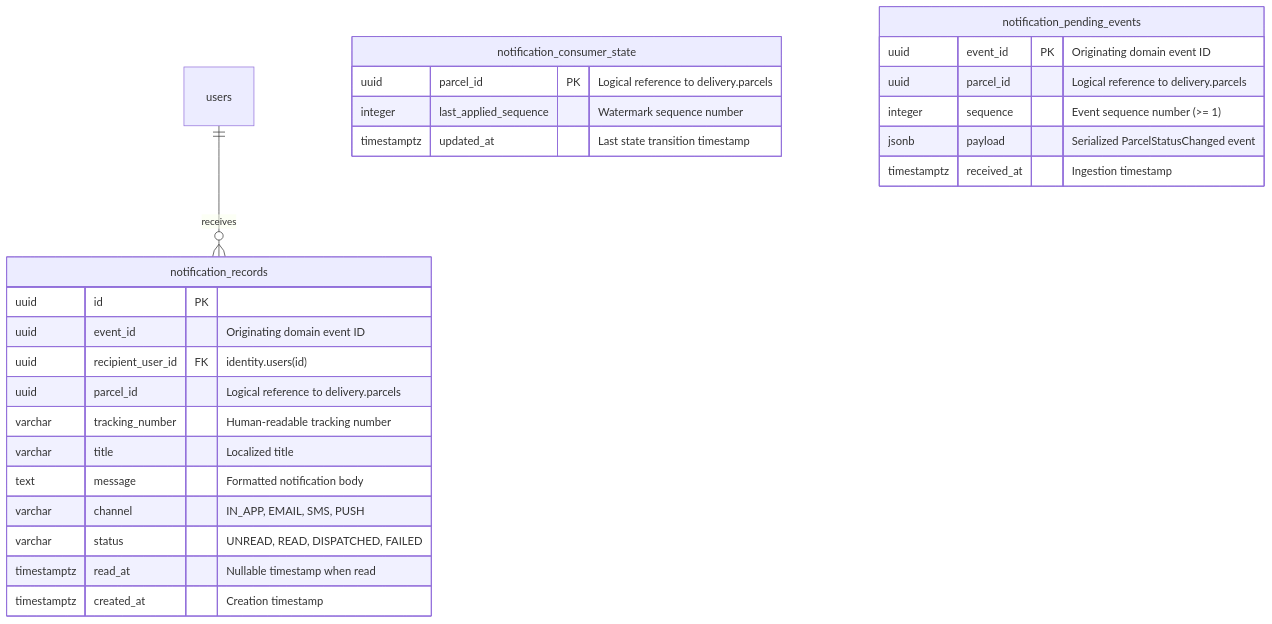
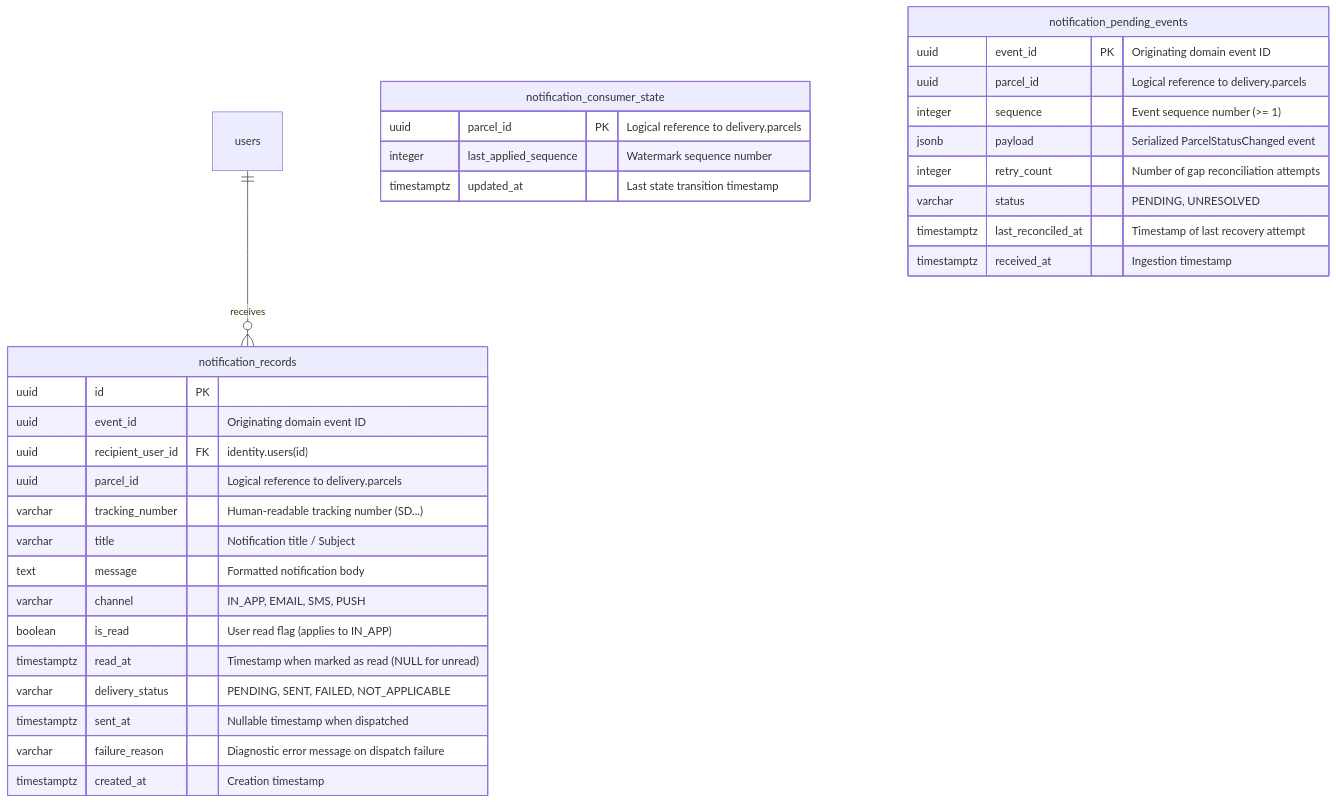
One commit to ShenSandaru/SwiftDrop changed the diagram in docs/architecture/notification-database-design.md. Above: the diagram before and after it, drawn with Mermaid. The commit also changed other lines of this file, not shown here.

Commit message:
docs(notification): define notification changes in database schema

````diff
--- a/docs/architecture/notification-database-design.md
+++ b/docs/architecture/notification-database-design.md
@@ -24,32 +24,38 @@
 ```mermaid
 erDiagram
     users ||--o{ notification_records : "receives"
     
     notification_records {
         uuid id PK
         uuid event_id "Originating domain event ID"
         uuid recipient_user_id FK "identity.users(id)"
         uuid parcel_id "Logical reference to delivery.parcels"
-        varchar tracking_number "Human-readable tracking number"
-        varchar title "Localized title"
+        varchar tracking_number "Human-readable tracking number (SD...)"
+        varchar title "Notification title / Subject"
         text message "Formatted notification body"
         varchar channel "IN_APP, EMAIL, SMS, PUSH"
-        varchar status "UNREAD, READ, DISPATCHED, FAILED"
-        timestamptz read_at "Nullable timestamp when read"
+        boolean is_read "User read flag (applies to IN_APP)"
+        timestamptz read_at "Timestamp when marked as read (NULL for unread)"
+        varchar delivery_status "PENDING, SENT, FAILED, NOT_APPLICABLE"
+        timestamptz sent_at "Nullable timestamp when dispatched"
+        varchar failure_reason "Diagnostic error message on dispatch failure"
         timestamptz created_at "Creation timestamp"
     }
 
     notification_consumer_state {
         uuid parcel_id PK "Logical reference to delivery.parcels"
         integer last_applied_sequence "Watermark sequence number"
         timestamptz updated_at "Last state transition timestamp"
     }
 
     notification_pending_events {
         uuid event_id PK "Originating domain event ID"
         uuid parcel_id "Logical reference to delivery.parcels"
         integer sequence "Event sequence number (>= 1)"
         jsonb payload "Serialized ParcelStatusChanged event"
+        integer retry_count "Number of gap reconciliation attempts"
+        varchar status "PENDING, UNRESOLVED"
+        timestamptz last_reconciled_at "Timestamp of last recovery attempt"
         timestamptz received_at "Ingestion timestamp"
     }
 ```
````
